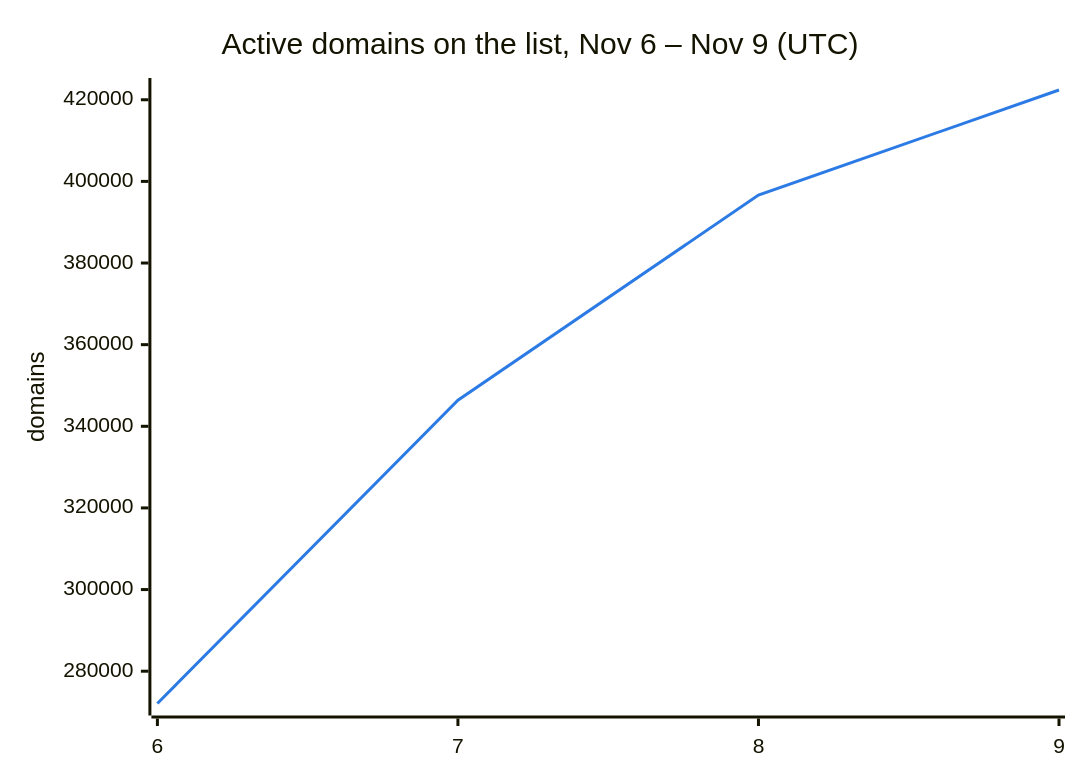
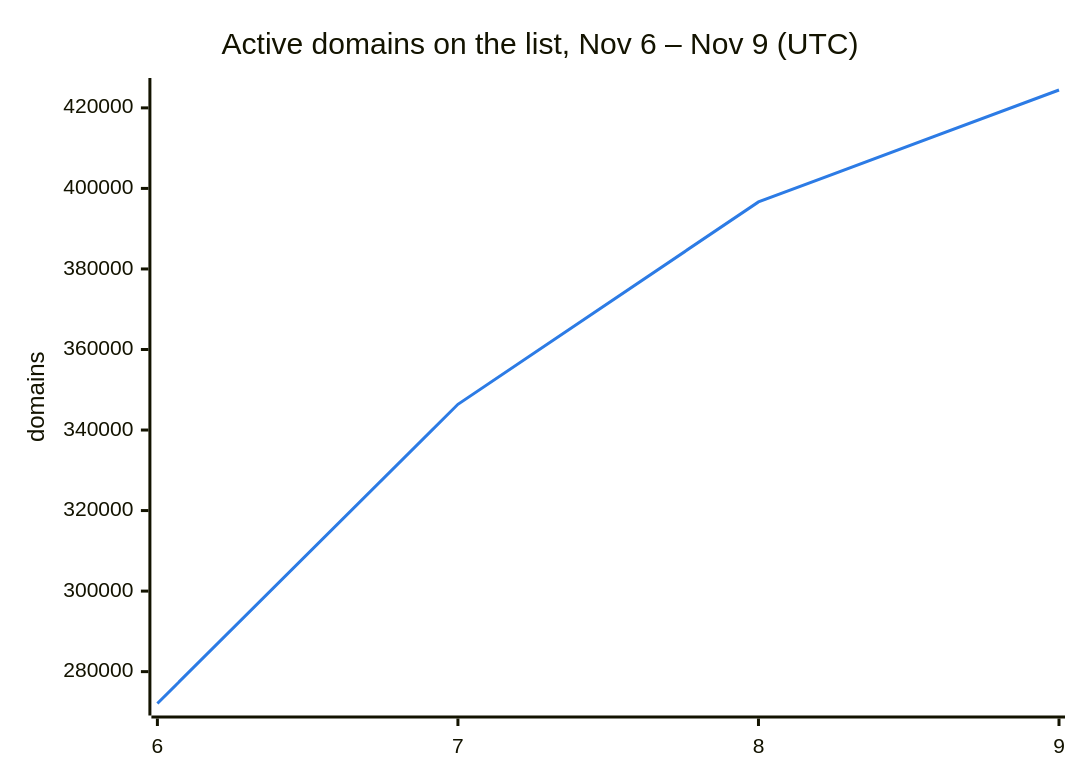
One commit to DNSBunker/CTI changed the second of 3 diagrams in README.md. Above: the diagram before and after it, drawn with Mermaid. The commit also changed other lines of this file and 3 other files, not shown here.

````diff
--- a/README.md
+++ b/README.md
@@ -38,8 +38,8 @@
 ```mermaid
 %%{init: {"themeVariables": {"xyChart": {"plotColorPalette": "#2c7be5"}}}}%%
 xychart-beta
     title "Active domains on the list, Nov 6 – Nov 9 (UTC)"
     x-axis ["6", "7", "8", "9"]
     y-axis "domains"
-    line [272088, 346388, 396638, 422390]
+    line [272088, 346388, 396638, 424441]
 ```
````
